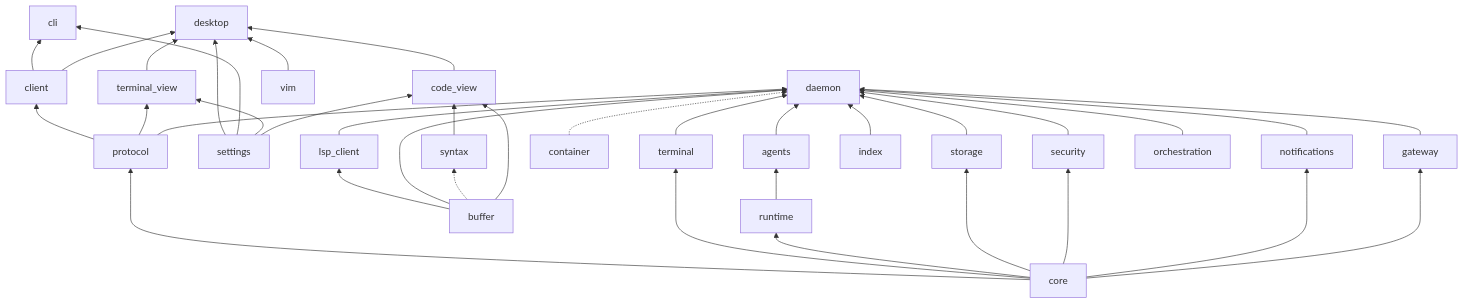
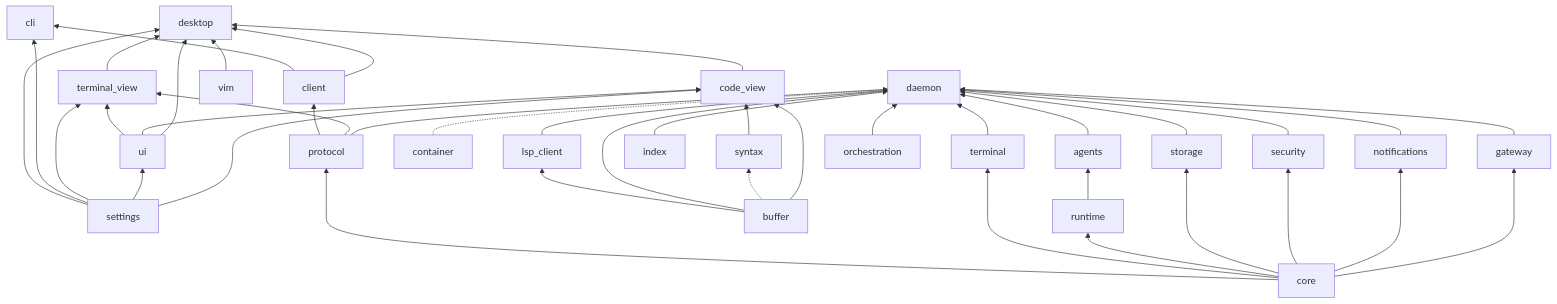
The second of 8 diagrams in docs/architecture.md (robertt3kuk/hutan), drawn with Mermaid before and after one commit. The commit also changed other lines of this file and 3 other files, not shown here.

Commit message:
docs(design,themes,editor,architecture): Scrolling, scrollbar tokens, editor scrollbars and ticks (SCROLLBARS)

````diff
--- a/docs/architecture.md
+++ b/docs/architecture.md
@@ -61,24 +62,26 @@
 ```mermaid
 flowchart BT
   core --> protocol
   protocol --> client
   client --> cli
   client --> desktop
   protocol --> terminal_view --> desktop
   settings --> desktop
   settings --> cli
   settings --> terminal_view
+  settings --> ui
+  ui --> terminal_view & code_view & desktop
   core --> terminal & runtime & storage & security & notifications
   buffer
   container -.-> daemon
   buffer --> lsp_client
   lsp_client & buffer --> daemon
   buffer -.-> syntax
   buffer & syntax & settings --> code_view --> desktop
   vim --> desktop
   index --> daemon
   runtime --> agents
   core --> gateway
   terminal & agents & gateway & storage & security & notifications & orchestration --> daemon
   protocol --> daemon
 ```
````
